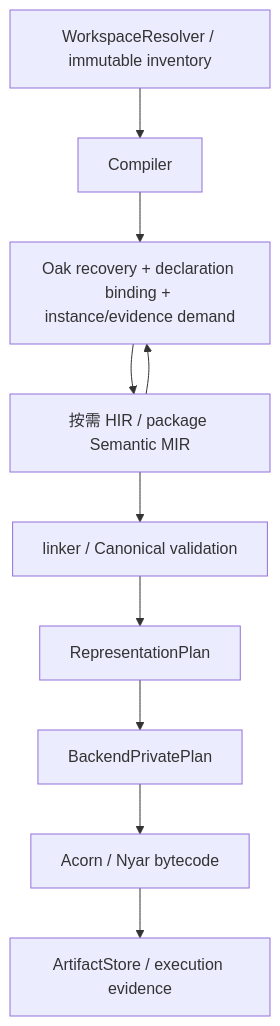
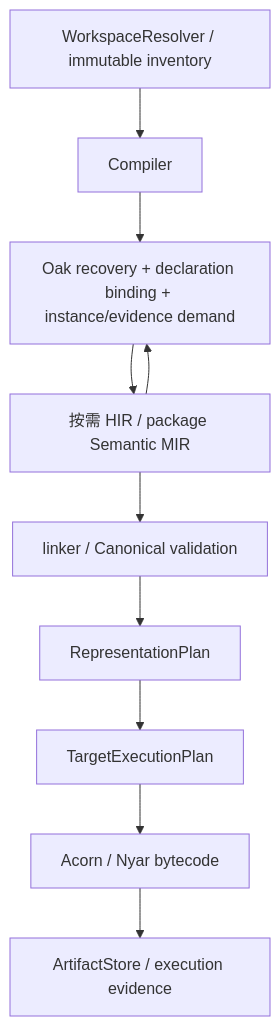
The diagram in documentation/pages/zh-hans/developer/architecture.md (valkyrie-language/valkyrie.v), drawn with Mermaid before and after one commit. The commit also changed other lines of this file and 10 other files, not shown here.

Commit message:
📝 Adopt TargetExecutionPlan terminology

````diff
--- a/documentation/pages/zh-hans/developer/architecture.md
+++ b/documentation/pages/zh-hans/developer/architecture.md
@@ -7,16 +7,16 @@
 ```mermaid
 flowchart TD
     Resolver["WorkspaceResolver / immutable inventory"]
     Compiler["Compiler"]
     Bind["Oak recovery + declaration binding + instance/evidence demand"]
     HIR["按需 HIR / package Semantic MIR"]
     Linked["linker / Canonical validation"]
     Plan["RepresentationPlan"]
-    Private["BackendPrivatePlan"]
+    Private["TargetExecutionPlan"]
     Encode["Acorn / Nyar bytecode"]
     Store["ArtifactStore / execution evidence"]
     Resolver --> Compiler
     Compiler --> Bind
     Bind --> HIR --> Bind
     HIR --> Linked --> Plan --> Private --> Encode --> Store
 ```
````
